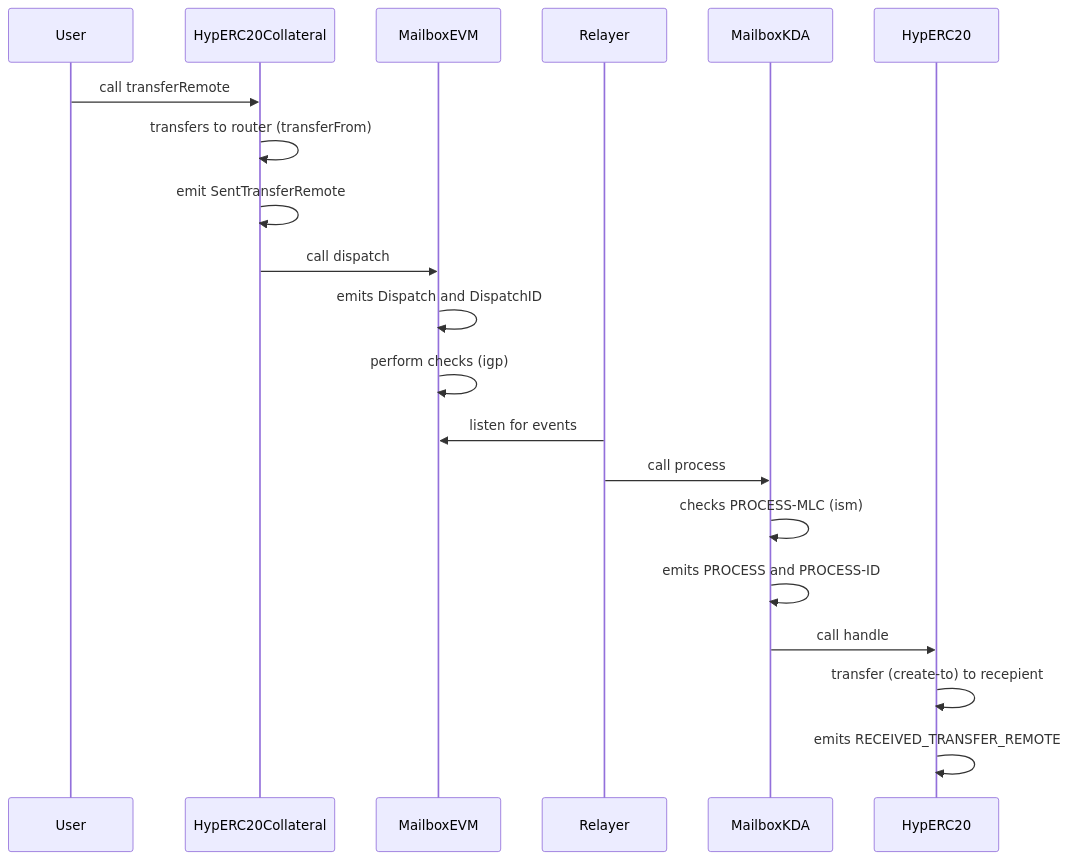
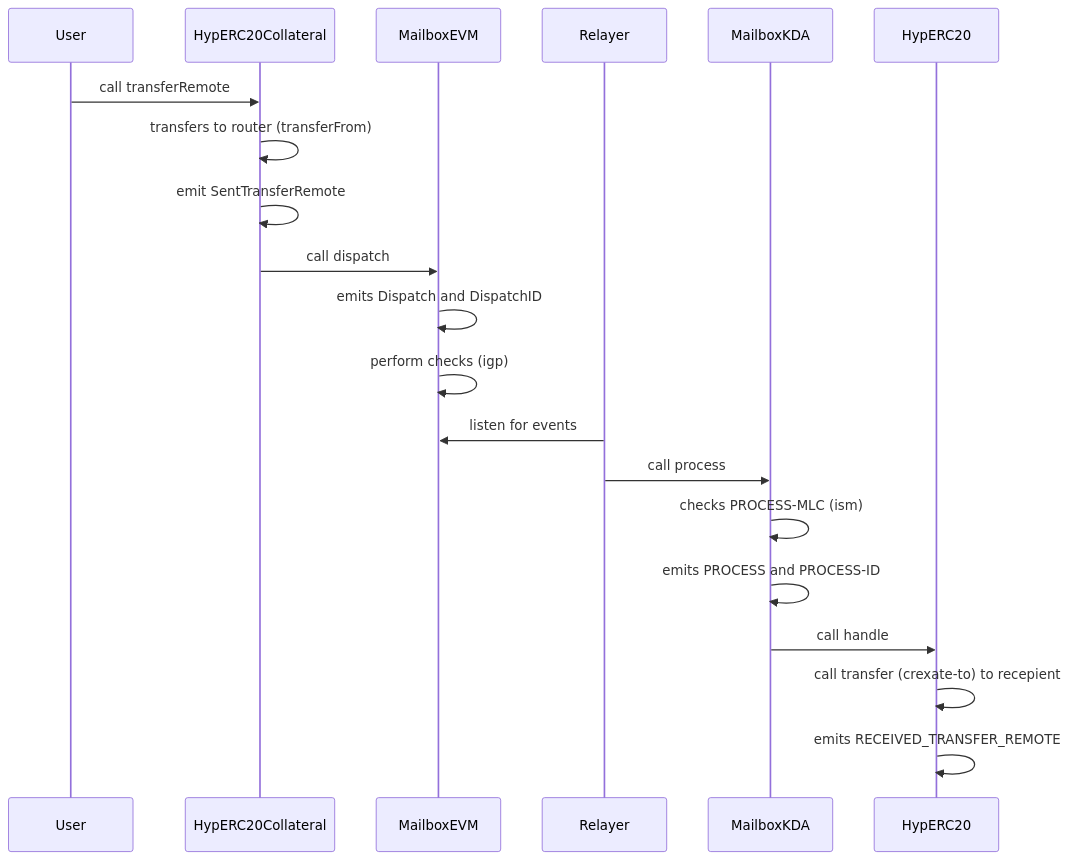
The third of 8 diagrams in docs/bridge-flow.md (RastkoDev/smart-contracts), drawn with Mermaid before and after one commit. The commit also changed other lines of this file, not shown here.

````diff
--- a/docs/bridge-flow.md
+++ b/docs/bridge-flow.md
@@ -64,27 +64,27 @@
 ```mermaid
 sequenceDiagram
     participant User
     participant HypERC20ETH as HypERC20Collateral
     participant MailboxETH as MailboxEVM
     participant Relayer
     participant MailboxKDA as MailboxKDA
     participant HypERC20 as HypERC20
 
     User->>HypERC20ETH: call transferRemote
     HypERC20ETH->>HypERC20ETH: transfers to router (transferFrom)
 
     HypERC20ETH->>HypERC20ETH: emit SentTransferRemote
     HypERC20ETH->>MailboxETH: call dispatch
     MailboxETH->>MailboxETH: emits Dispatch and DispatchID
     MailboxETH->>MailboxETH: perform checks (igp)
     Relayer->>MailboxETH: listen for events
     Relayer->>MailboxKDA: call process
 
     MailboxKDA->>MailboxKDA: checks PROCESS-MLC (ism)
     MailboxKDA->>MailboxKDA: emits PROCESS and PROCESS-ID 
 
     MailboxKDA->>HypERC20: call handle
 
-    HypERC20->>HypERC20: transfer (create-to) to recepient
+    HypERC20->>HypERC20: call transfer (crexate-to) to recepient
     HypERC20->>HypERC20: emits RECEIVED_TRANSFER_REMOTE
 ```
````
